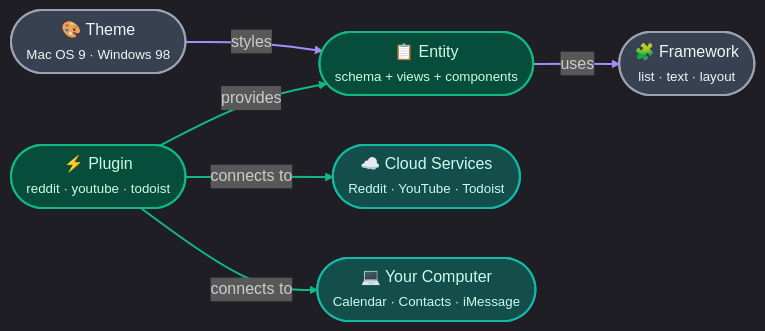
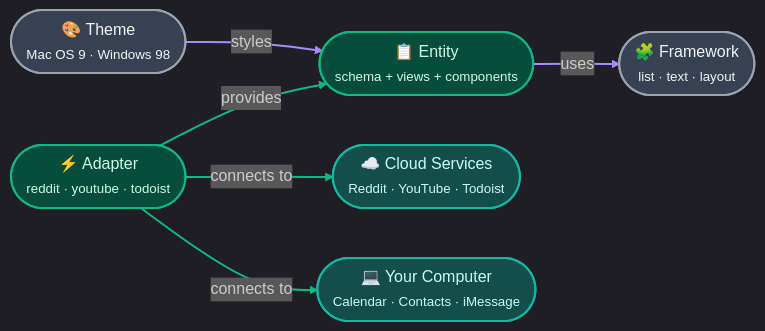
One commit to agentos-to/skills changed the diagram in README.md. Above: the diagram before and after it, drawn with Mermaid. The commit also changed other lines of this file and 17 other files, not shown here.

First line of the commit message:
Rename plugin → adapter across the entire repo

````diff
--- a/README.md
+++ b/README.md
@@ -29,26 +29,26 @@
 ```mermaid
 %%{init: {'theme': 'dark', 'themeVariables': { 'fontSize': '16px', 'fontFamily': 'ui-monospace, monospace', 'lineColor': '#6b7280', 'primaryTextColor': '#f3f4f6' }}}%%
 flowchart LR
     Entity(["📋 Entity<br/><small>schema + views + components</small>"])
-    Plugin(["⚡ Plugin<br/><small>reddit · youtube · todoist</small>"])
+    Adapter(["⚡ Adapter<br/><small>reddit · youtube · todoist</small>"])
     Cloud(["☁️ Cloud Services<br/><small>Reddit · YouTube · Todoist</small>"])
     Local(["💻 Your Computer<br/><small>Calendar · Contacts · iMessage</small>"])
     Framework(["🧩 Framework<br/><small>list · text · layout</small>"])
     Theme(["🎨 Theme<br/><small>Mac OS 9 · Windows 98</small>"])
     
-    Plugin -->|"provides"| Entity
-    Plugin -->|"connects to"| Cloud
-    Plugin -->|"connects to"| Local
+    Adapter -->|"provides"| Entity
+    Adapter -->|"connects to"| Cloud
+    Adapter -->|"connects to"| Local
     Entity -->|"uses"| Framework
     Theme -->|"styles"| Entity
     
     style Entity fill:#064e3b,stroke:#10b981,stroke-width:2px,color:#d1fae5
-    style Plugin fill:#064e3b,stroke:#10b981,stroke-width:2px,color:#d1fae5
+    style Adapter fill:#064e3b,stroke:#10b981,stroke-width:2px,color:#d1fae5
     style Cloud fill:#134e4a,stroke:#14b8a6,stroke-width:2px,color:#ccfbf1
     style Local fill:#134e4a,stroke:#14b8a6,stroke-width:2px,color:#ccfbf1
     style Framework fill:#374151,stroke:#9ca3af,stroke-width:2px,color:#f3f4f6
     style Theme fill:#374151,stroke:#9ca3af,stroke-width:2px,color:#f3f4f6
     
     linkStyle 0,1,2 stroke:#10b981,stroke-width:2px
     linkStyle 3,4 stroke:#a78bfa,stroke-width:2px
 ```
````
